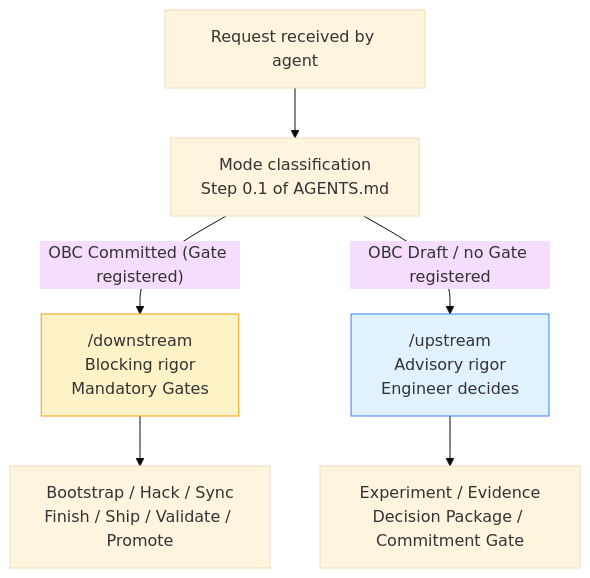
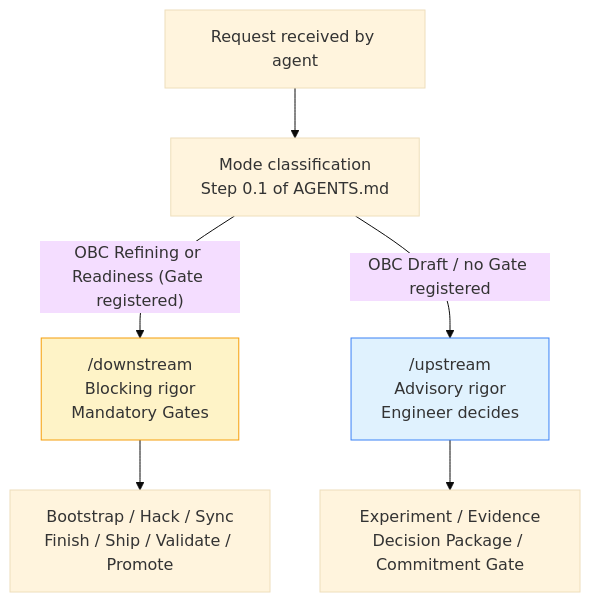
The diagram in en/chapter-10.md (produtoreativo/from-intent-to-outcome), drawn with Mermaid (base theme) before and after one commit. The commit also changed other lines of this file and 12 other files, not shown here.

First line of the commit message:
refactor: renomeia estado OBC Committed → Readiness em PT e EN

````diff
--- a/en/chapter-10.md
+++ b/en/chapter-10.md
@@ -67,11 +67,11 @@
 ```mermaid
 graph TD
     REQ["Request received by agent"] --> CLASS["Mode classification\nStep 0.1 of AGENTS.md"]
-    CLASS -->|"OBC Committed (Gate registered)"| DS["/downstream\nBlocking rigor\nMandatory Gates"]
+    CLASS -->|"OBC Refining or Readiness (Gate registered)"| DS["/downstream\nBlocking rigor\nMandatory Gates"]
     CLASS -->|"OBC Draft / no Gate registered"| US["/upstream\nAdvisory rigor\nEngineer decides"]
     DS --> SKILLS_DS["Bootstrap / Hack / Sync\nFinish / Ship / Validate / Promote"]
     US --> SKILLS_US["Experiment / Evidence\nDecision Package / Commitment Gate"]
 
     style DS fill:#FEF3C7,stroke:#F59E0B
     style US fill:#E0F2FE,stroke:#3B82F6
 ```
````
